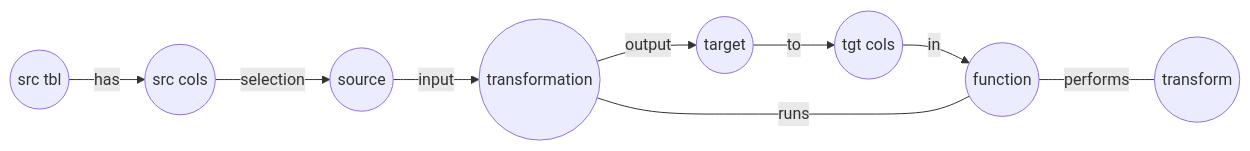
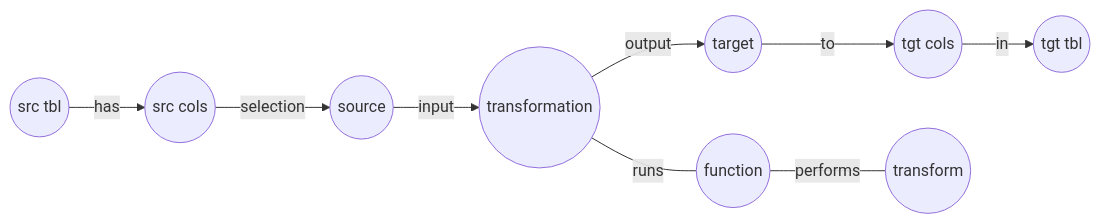
Before and after one commit to Heinzad/heinzad.github.io: the first of 3 diagrams in _posts/2022-11-02-column-transformations-with-t-sql.md, drawn with Mermaid.

````diff
--- a/_posts/2022-11-02-column-transformations-with-t-sql.md
+++ b/_posts/2022-11-02-column-transformations-with-t-sql.md
@@ -33,11 +33,11 @@
 ```mermaid 
 graph LR; 
 A((src tbl)) -- has --> B((src cols)) 
 B -- selection --> C((source)) 
 C -- input --> D((transformation)) 
 D -- output --> E((target)) 
 E -- to --> F((tgt cols)) 
 F -- in --> G((tgt tbl))
-D -- runs --- G((function))  
-G -- performs --- H((transform))    
+D -- runs --- H((function))  
+H -- performs --- J((transform))    
 ``` 
````
